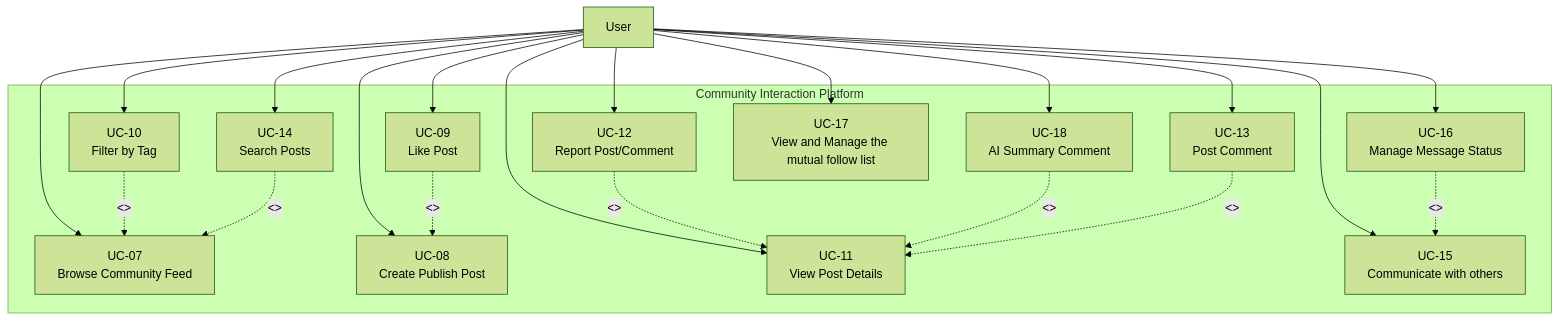
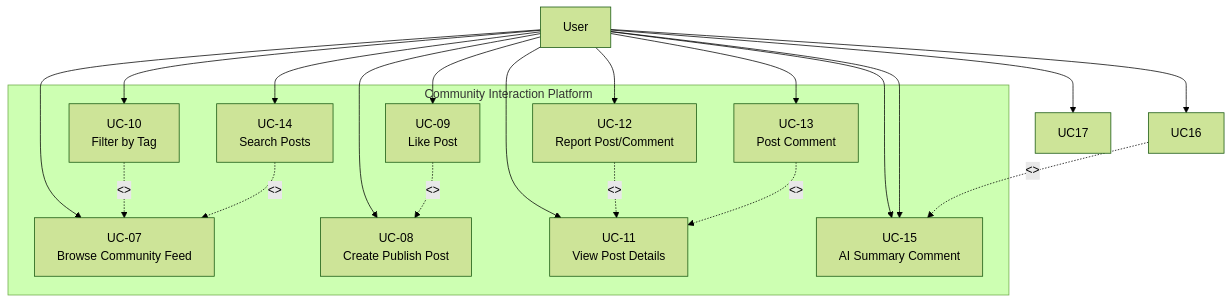
One commit to pzyllll/BridgeU changed the second of 27 diagrams in springboot-backend/BridgeU-SRS.md. Above: the diagram before and after it, drawn with Mermaid (forest theme). The commit also changed other lines of this file and 5 other files, not shown here.

````diff
--- a/springboot-backend/BridgeU-SRS.md
+++ b/springboot-backend/BridgeU-SRS.md
@@ -238,40 +239,36 @@
 ```mermaid
 graph TB
     subgraph CommunityInteractionPlatform["Community Interaction Platform"]
         UC07["UC-07<br/>Browse Community Feed"]
         UC08["UC-08<br/>Create Publish Post"]
         UC09["UC-09<br/>Like Post"]
         UC10["UC-10<br/>Filter by Tag"]
         UC11["UC-11<br/>View Post Details"]
         UC12["UC-12<br/>Report Post/Comment"]
-        UC18["UC-18<br/>AI Summary Comment"]
+        UC15["UC-15<br/>AI Summary Comment"]
         UC13["UC-13<br/>Post Comment"]
         UC14["UC-14<br/>Search Posts"]
-        UC15["UC-15<br/>Communicate with others"]
-        UC16["UC-16<br/>Manage Message Status"]
-        UC17["UC-17<br/>View and Manage the mutual follow list"]
     end
     
     User["User"]
     
     User --> UC07
     User --> UC08
     User --> UC09
     User --> UC10
     User --> UC11
     User --> UC12
-    User --> UC18
+    User --> UC15
     User --> UC13
     User --> UC14
     User --> UC15
     User --> UC16
     User --> UC17
     
     UC09 -.->|<<extend>>| UC08
     UC10 -.->|<<extend>>| UC07
     UC12 -.->|<<extend>>| UC11
-    UC18 -.->|<<extend>>| UC11
     UC13 -.->|<<extend>>| UC11
     UC14 -.->|<<extend>>| UC07
     UC16 -.->|<<extend>>| UC15
 ```
````
